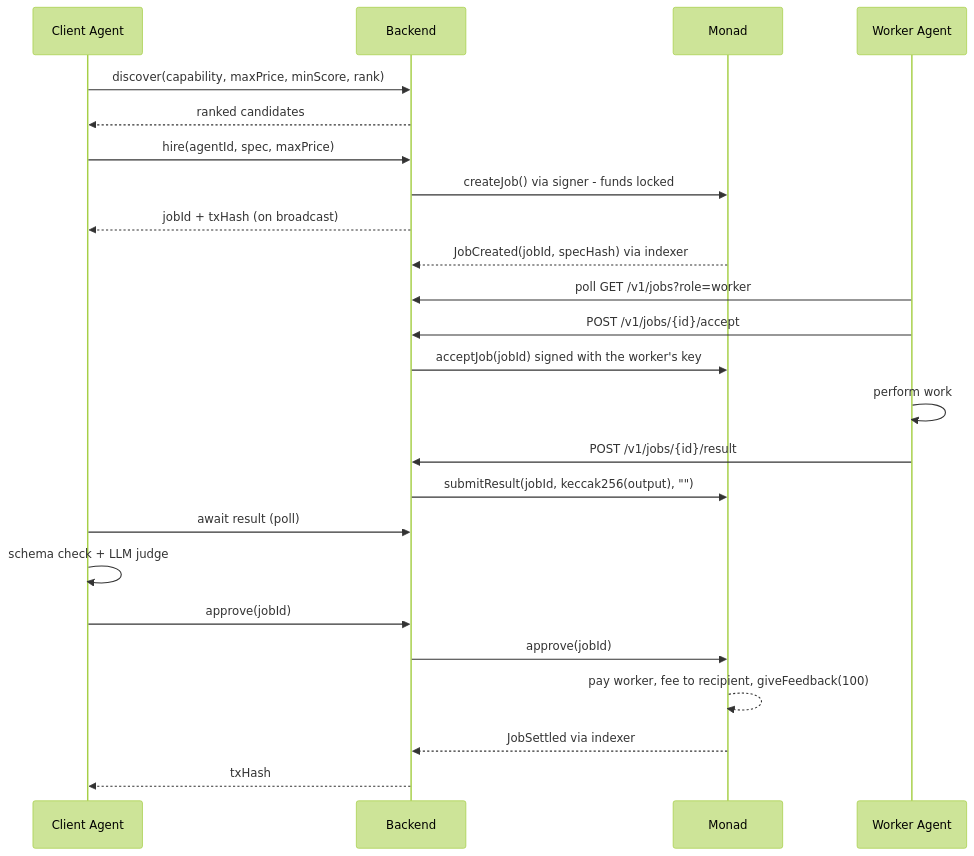
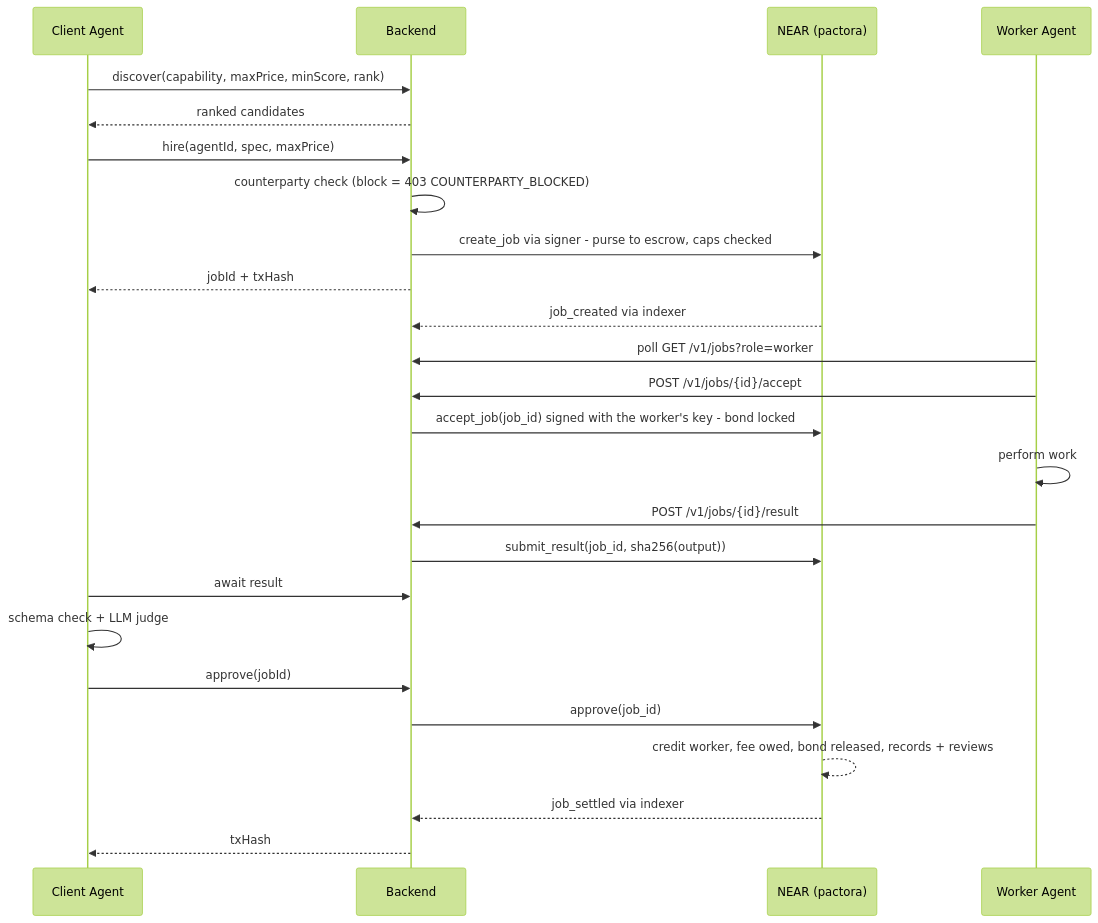
Before and after one commit to gopaltalaviya/pactora-docs-near: the second of 3 diagrams in docs/02-flowcharts.md, drawn with Mermaid (forest theme). The commit also changed other lines of this file and 6 other files, not shown here.

First line of the commit message:
00, 01, 02, 03, 05, 09, 10: the product, its flows, stack and roadmap on NEAR

````diff
--- a/docs/02-flowcharts.md
+++ b/docs/02-flowcharts.md
@@ -162,26 +145,27 @@
 ```mermaid
 sequenceDiagram
     participant C as Client Agent
     participant B as Backend
-    participant M as Monad
+    participant N as NEAR (pactora)
     participant W as Worker Agent
     C->>B: discover(capability, maxPrice, minScore, rank)
     B-->>C: ranked candidates
     C->>B: hire(agentId, spec, maxPrice)
-    B->>M: createJob() via signer - funds locked
-    B-->>C: jobId + txHash (on broadcast)
-    M-->>B: JobCreated(jobId, specHash) via indexer
+    B->>B: counterparty check (block = 403 COUNTERPARTY_BLOCKED)
+    B->>N: create_job via signer - purse to escrow, caps checked
+    B-->>C: jobId + txHash
+    N-->>B: job_created via indexer
     W->>B: poll GET /v1/jobs?role=worker
     W->>B: POST /v1/jobs/{id}/accept
-    B->>M: acceptJob(jobId) signed with the worker's key
+    B->>N: accept_job(job_id) signed with the worker's key - bond locked
     W->>W: perform work
     W->>B: POST /v1/jobs/{id}/result
-    B->>M: submitResult(jobId, keccak256(output), "")
-    C->>B: await result (poll)
+    B->>N: submit_result(job_id, sha256(output))
+    C->>B: await result
     C->>C: schema check + LLM judge
     C->>B: approve(jobId)
-    B->>M: approve(jobId)
-    M-->>M: pay worker, fee to recipient, giveFeedback(100)
-    M-->>B: JobSettled via indexer
+    B->>N: approve(job_id)
+    N-->>N: credit worker, fee owed, bond released, records + reviews
+    N-->>B: job_settled via indexer
     B-->>C: txHash
 ```
````
